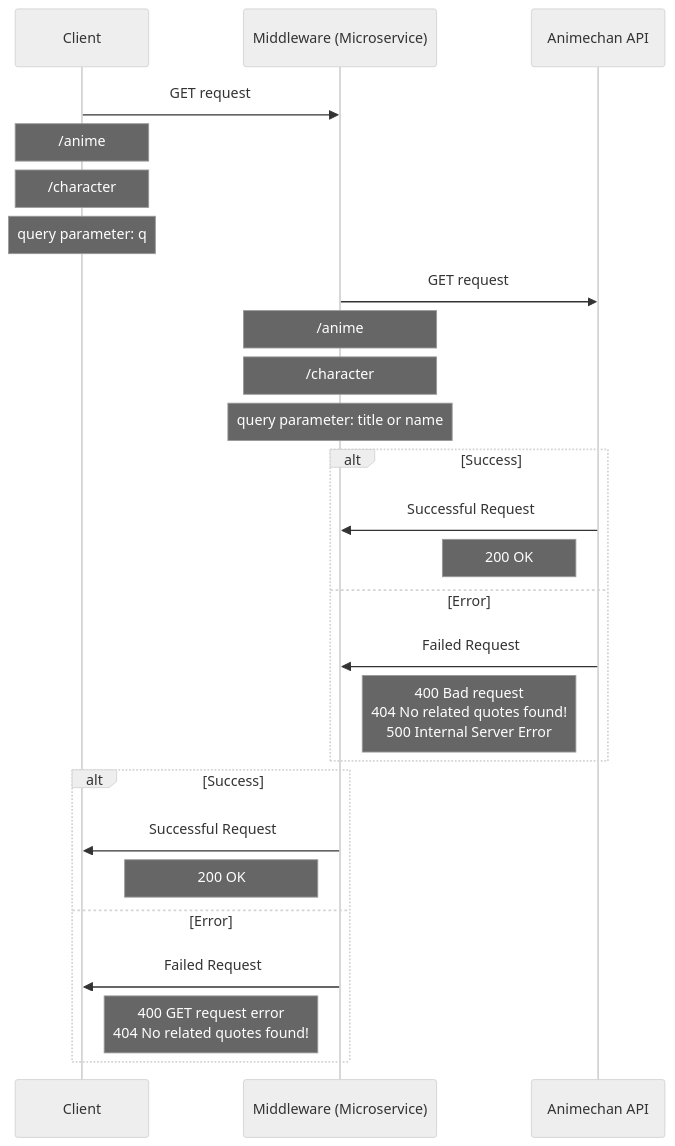
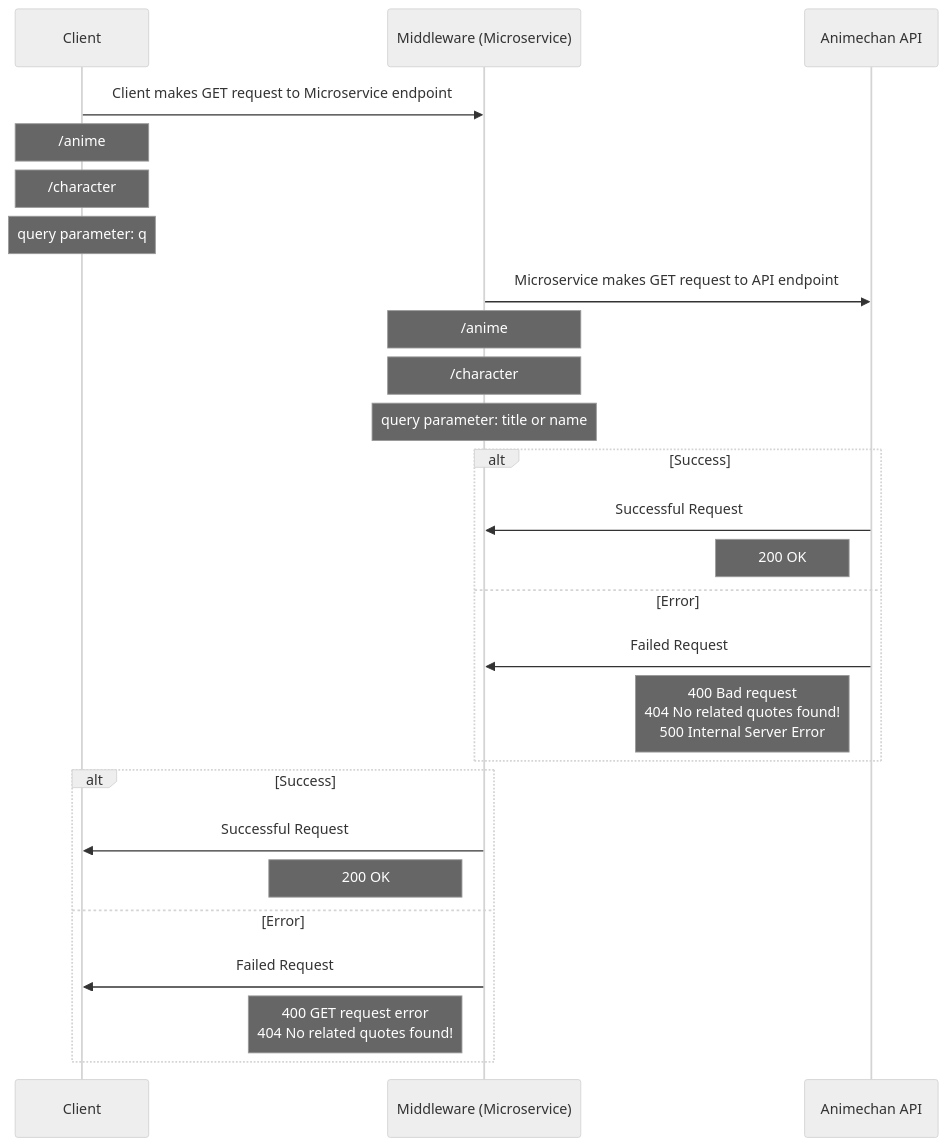
One commit to rngolam/cs-361-microservice changed the diagram in README.md. Above: the diagram before and after it, drawn with Mermaid (neutral theme).

````diff
--- a/README.md
+++ b/README.md
@@ -75,28 +75,28 @@
 ```mermaid
 sequenceDiagram
-Client->>Middleware (Microservice): GET request
+Client->>Middleware (Microservice): Client makes GET request to Microservice endpoint
 Note over Client: /anime
 Note over Client: /character
 Note over Client: query parameter: q
 
-Middleware (Microservice) ->> Animechan API: GET request
+Middleware (Microservice) ->> Animechan API: Microservice makes GET request to API endpoint
 Note over Middleware (Microservice): /anime
 Note over Middleware (Microservice): /character
 Note over Middleware (Microservice): query parameter: title or name
 
 alt  Success
 Animechan API->>Middleware (Microservice): Successful Request
 Note left of Animechan API: 200 OK
 else Error
 Animechan API->>Middleware (Microservice): Failed Request
 Note left of Animechan API:  400 Bad request <br> 404 No related quotes found! <br> 500 Internal Server Error
 end
 alt  Success
 
 Middleware (Microservice) ->> Client: Successful Request
 Note left of Middleware (Microservice): 200 OK
 else Error
 Middleware (Microservice)->>Client: Failed Request
 Note left of Middleware (Microservice):  400 GET request error <br> 404 No related quotes found!
 end
 ```
````
